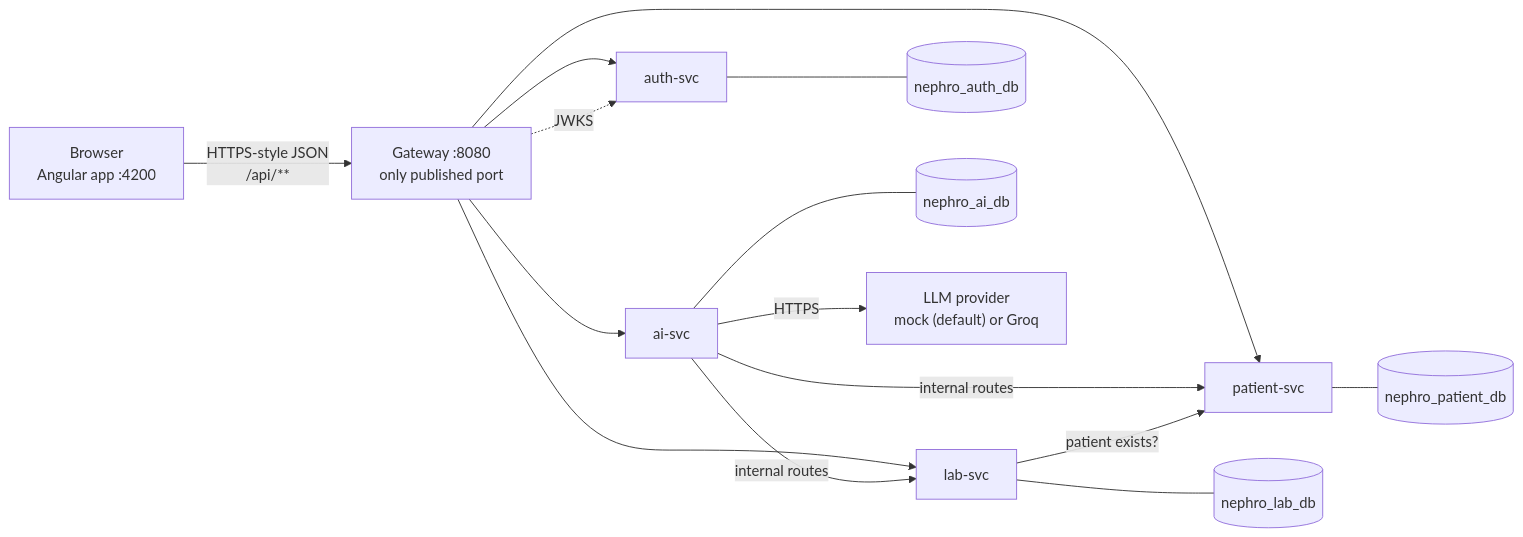
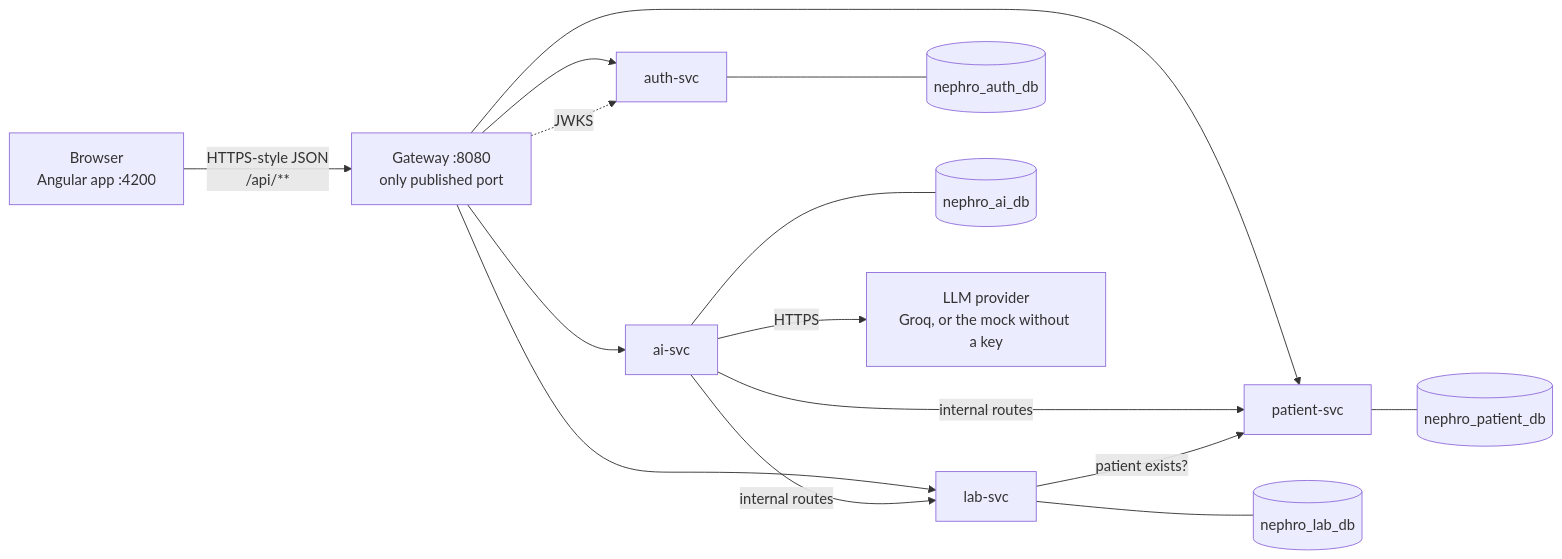
The first of 3 diagrams in docs/ARCHITECTURE.md (shubh-soubhagya/TyrionEMR), drawn with Mermaid before and after one commit. The commit also changed other lines of this file and 2 other files, not shown here.

Commit message:
docs: Groq is the default provider; the mock is the fallback when no key is set

````diff
--- a/docs/ARCHITECTURE.md
+++ b/docs/ARCHITECTURE.md
@@ -21,17 +21,17 @@
 ```mermaid
 flowchart LR
     Browser["Browser<br/>Angular app :4200"] -->|"HTTPS-style JSON<br/>/api/**"| GW["Gateway :8080<br/>only published port"]
     GW --> AUTH["auth-svc"]
     GW --> PAT["patient-svc"]
     GW --> LAB["lab-svc"]
     GW --> AI["ai-svc"]
     AI -->|"internal routes"| PAT
     AI -->|"internal routes"| LAB
     LAB -->|"patient exists?"| PAT
     AUTH --- DB1[("nephro_auth_db")]
     PAT --- DB2[("nephro_patient_db")]
     LAB --- DB3[("nephro_lab_db")]
     AI --- DB4[("nephro_ai_db")]
-    AI -->|"HTTPS"| LLM["LLM provider<br/>mock (default) or Groq"]
+    AI -->|"HTTPS"| LLM["LLM provider<br/>Groq, or the mock without a key"]
     GW -. "JWKS" .-> AUTH
 ```
````
